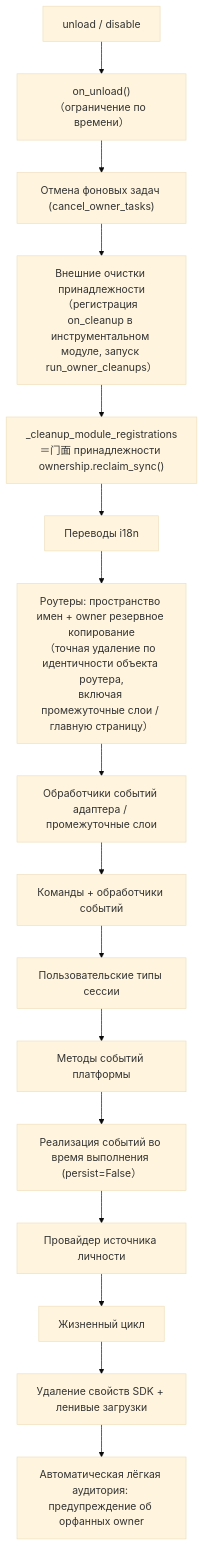
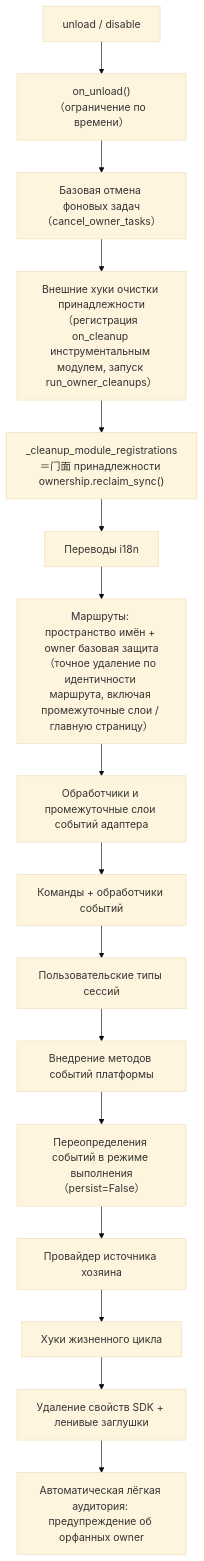
The diagram in docs/ru/advanced/ownership.md (ErisPulse/ErisPulse), drawn with Mermaid (base theme) before and after one commit. The commit also changed other lines of this file and 194 other files, not shown here.

````diff
--- a/docs/ru/advanced/ownership.md
+++ b/docs/ru/advanced/ownership.md
@@ -83,18 +83,18 @@
 ```mermaid
 flowchart TD
     A["unload / disable"] --> B["on_unload()（ограничение по времени）"]
-    B --> C["Отмена фоновых задач (cancel_owner_tasks)"]
-    C --> C1["Внешние очистки принадлежности<br/>（регистрация on_cleanup в инструментальном модуле, запуск run_owner_cleanups）"]
+    B --> C["Базовая отмена фоновых задач（cancel_owner_tasks）"]
+    C --> C1["Внешние хуки очистки принадлежности<br/>（регистрация on_cleanup инструментальным модулем, запуск run_owner_cleanups）"]
     C1 --> D["_cleanup_module_registrations<br/>＝门面 принадлежности ownership.reclaim_sync()"]
     D --> D1["Переводы i18n"]
-    D1 --> D2["Роутеры: пространство имен + owner резервное копирование<br/>（точная удаление по идентичности объекта роутера,<br/>включая промежуточные слои / главную страницу）"]
-    D2 --> D3["Обработчики событий адаптера / промежуточные слои"]
+    D1 --> D2["Маршруты: пространство имён + owner базовая защита<br/>（точное удаление по идентичности маршрута, включая промежуточные слои / главную страницу）"]
+    D2 --> D3["Обработчики и промежуточные слои событий адаптера"]
     D3 --> D4["Команды + обработчики событий"]
-    D4 --> D5["Пользовательские типы сессии"]
-    D5 --> D5b["Методы событий платформы"]
-    D5b --> D6["Реализация событий во время выполнения (persist=False）"]
-    D6 --> D7["Провайдер источника личности"]
-    D7 --> D8["Жизненный цикл"]
-    D8 --> E["Удаление свойств SDK + ленивые загрузки"]
+    D4 --> D5["Пользовательские типы сессий"]
+    D5 --> D5b["Внедрение методов событий платформы"]
+    D5b --> D6["Переопределения событий в режиме выполнения（persist=False）"]
+    D6 --> D7["Провайдер источника хозяина"]
+    D7 --> D8["Хуки жизненного цикла"]
+    D8 --> E["Удаление свойств SDK + ленивые заглушки"]
     E --> F["Автоматическая лёгкая аудитория: предупреждение об орфанных owner"]
 ```
````
